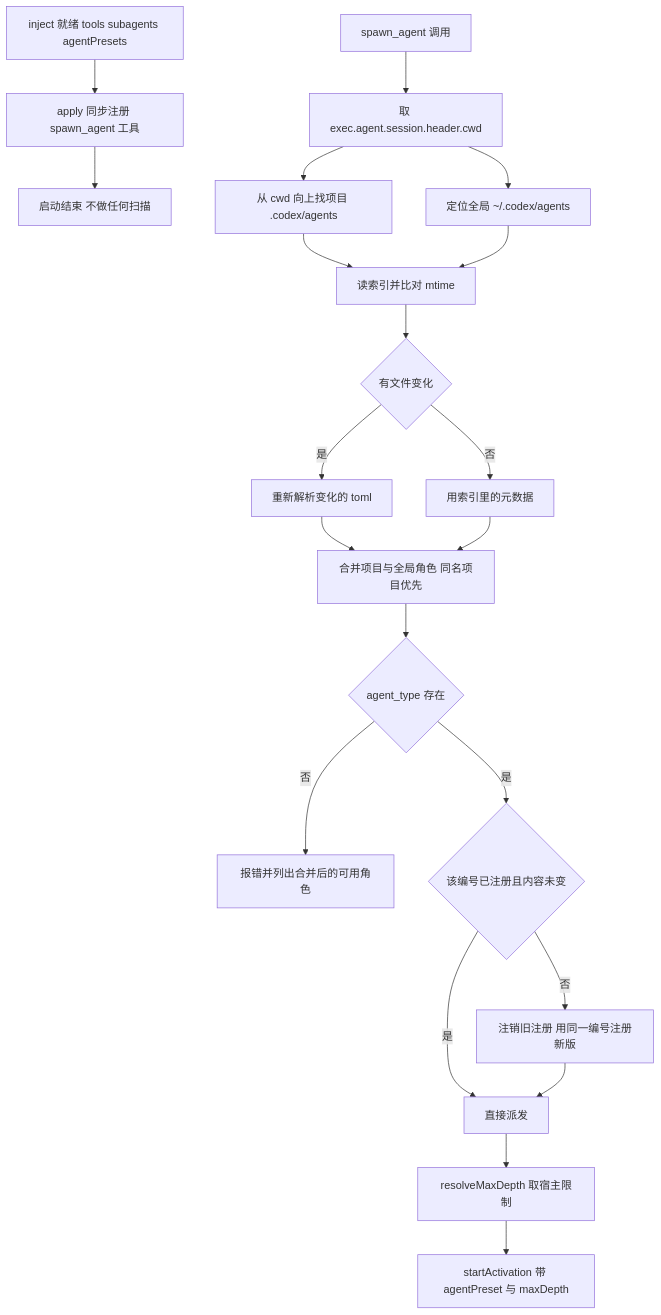
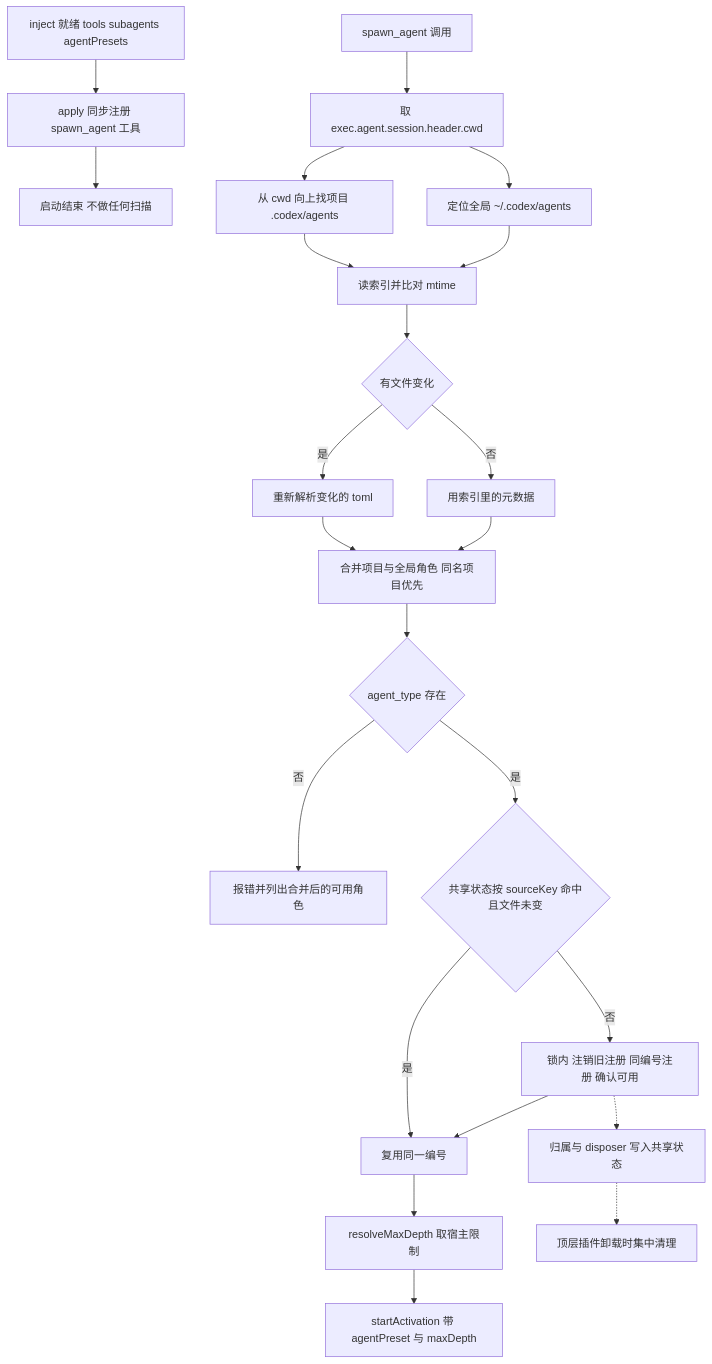
The diagram in plan/dsh-codex-agents.md (RekiDunois/dsh-codex-agents), drawn with Mermaid before and after one commit. The commit also changed other lines of this file, not shown here.

````diff
--- a/plan/dsh-codex-agents.md
+++ b/plan/dsh-codex-agents.md
@@ -208,24 +225,26 @@
 ```mermaid
 flowchart TD
     A[inject 就绪 tools subagents agentPresets] --> B[apply 同步注册 spawn_agent 工具]
     B --> C[启动结束 不做任何扫描]
 
     D[spawn_agent 调用] --> E[取 exec.agent.session.header.cwd]
     E --> F[从 cwd 向上找项目 .codex/agents]
     E --> G[定位全局 ~/.codex/agents]
     F --> H[读索引并比对 mtime]
     G --> H
     H --> I{有文件变化}
     I -->|是| J[重新解析变化的 toml]
     I -->|否| K[用索引里的元数据]
     J --> L[合并项目与全局角色 同名项目优先]
     K --> L
     L --> M{agent_type 存在}
     M -->|否| N[报错并列出合并后的可用角色]
-    M -->|是| O{该编号已注册且内容未变}
-    O -->|是| Q[直接派发]
-    O -->|否| P[注销旧注册 用同一编号注册新版]
+    M -->|是| O{共享状态按 sourceKey 命中且文件未变}
+    O -->|是| Q[复用同一编号]
+    O -->|否| P[锁内 注销旧注册 同编号注册 确认可用]
     P --> Q
     Q --> S[resolveMaxDepth 取宿主限制]
     S --> R[startActivation 带 agentPreset 与 maxDepth]
+    P -.-> T[归属与 disposer 写入共享状态]
+    T -.-> U[顶层插件卸载时集中清理]
 ```
````
